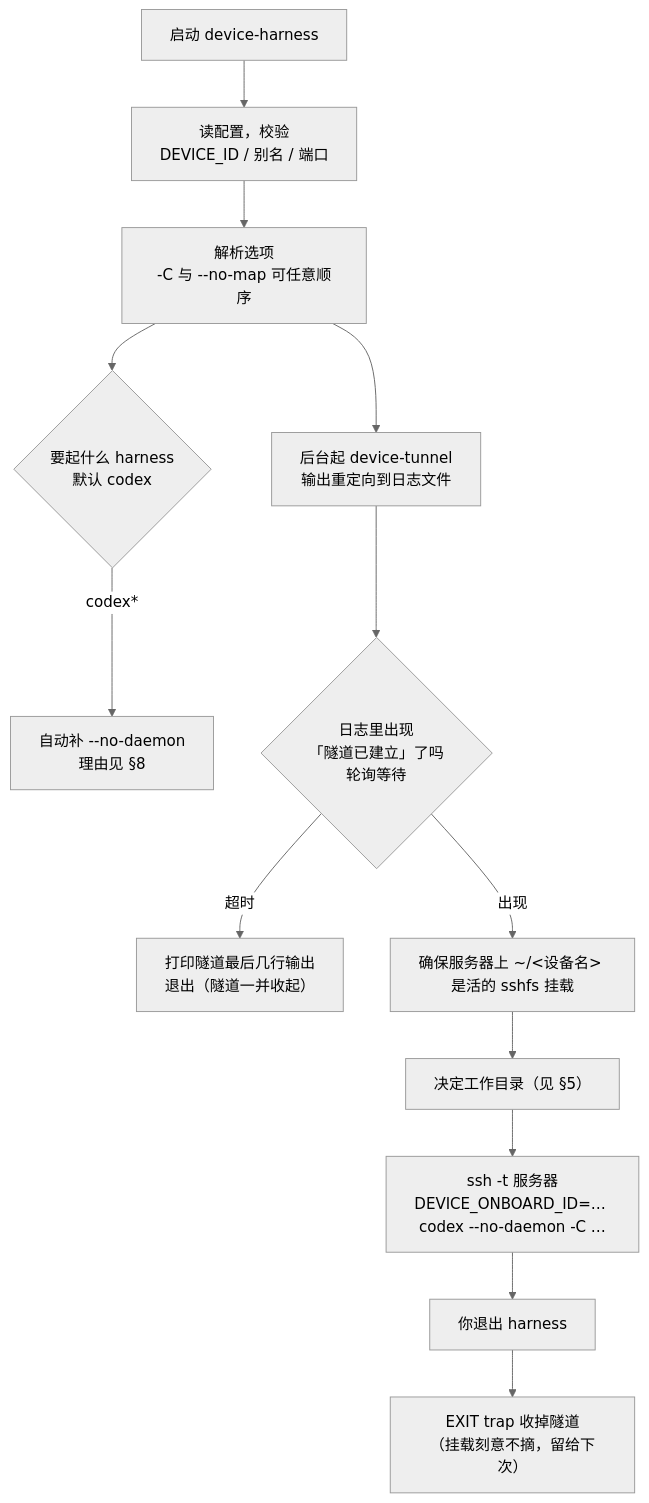
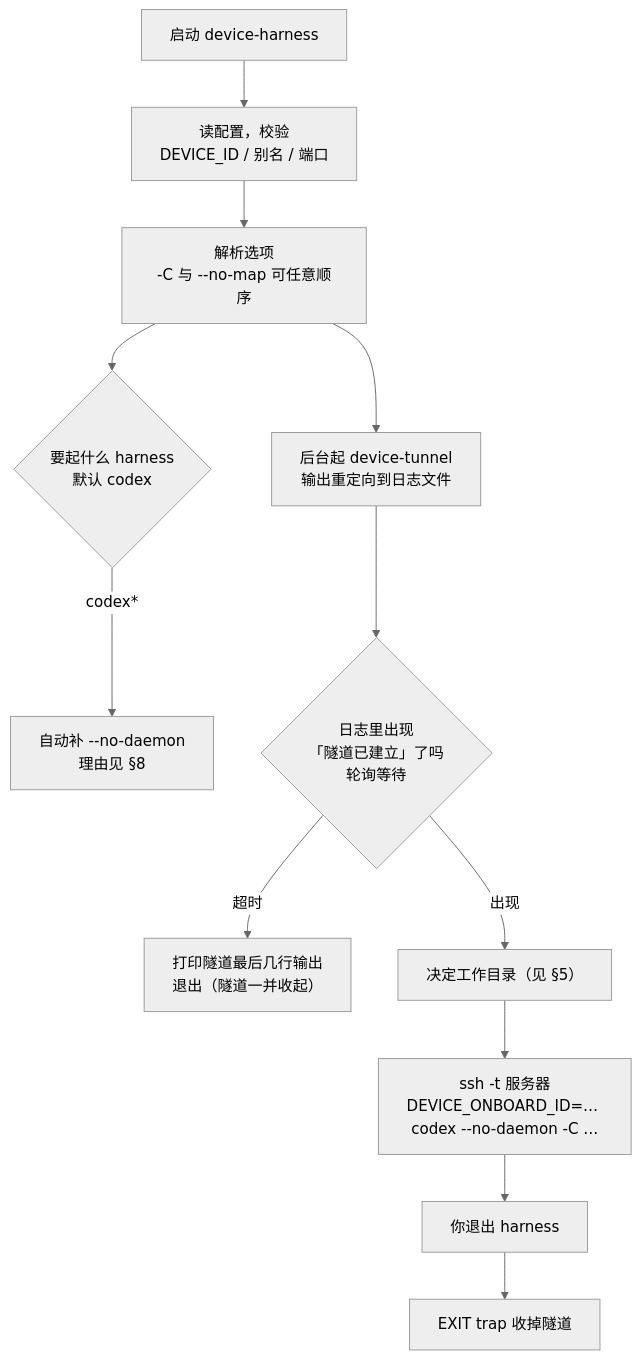
One commit to MuRain37/device-onboard changed the fourth of 5 diagrams in docs/flow.md. Above: the diagram before and after it, drawn with Mermaid (neutral theme). The commit also changed other lines of this file and 3 other files, not shown here.

First line of the commit message:
移除 sshfs：以 ~/<设备名> 作项目锚点，设备文件改走 ssh/scp

````diff
--- a/docs/flow.md
+++ b/docs/flow.md
@@ -133,15 +133,14 @@
 ```mermaid
 flowchart TD
     A["启动 device-harness"] --> B["读配置，校验<br/>DEVICE_ID / 别名 / 端口"]
     B --> C["解析选项<br/>-C 与 --no-map 可任意顺序"]
     C --> D{"要起什么 harness<br/>默认 codex"}
     D -->|codex*| D1["自动补 --no-daemon<br/>理由见 §8"]
     C --> E["后台起 device-tunnel<br/>输出重定向到日志文件"]
     E --> F{"日志里出现<br/>「隧道已建立」了吗<br/>轮询等待"}
     F -- 超时 --> F1["打印隧道最后几行输出<br/>退出（隧道一并收起）"]
-    F -- 出现 --> G["确保服务器上 ~/&lt;设备名&gt; 是活的 sshfs 挂载"]
-    G --> H["决定工作目录（见 §5）"]
+    F -- 出现 --> H["决定工作目录（见 §5）"]
     H --> I["ssh -t 服务器<br/>DEVICE_ONBOARD_ID=… codex --no-daemon -C …"]
     I --> J["你退出 harness"]
-    J --> K["EXIT trap 收掉隧道<br/>（挂载刻意不摘，留给下次）"]
+    J --> K["EXIT trap 收掉隧道"]
 ```
````
